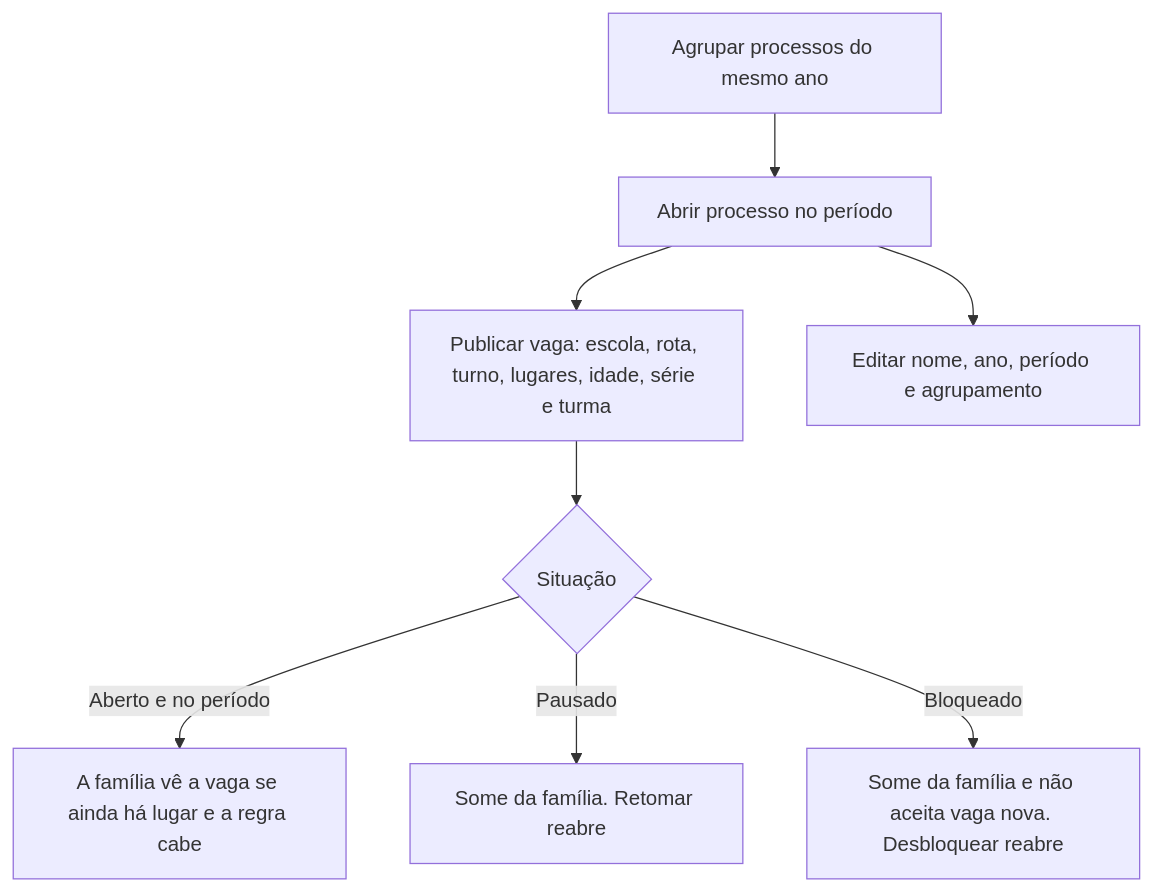
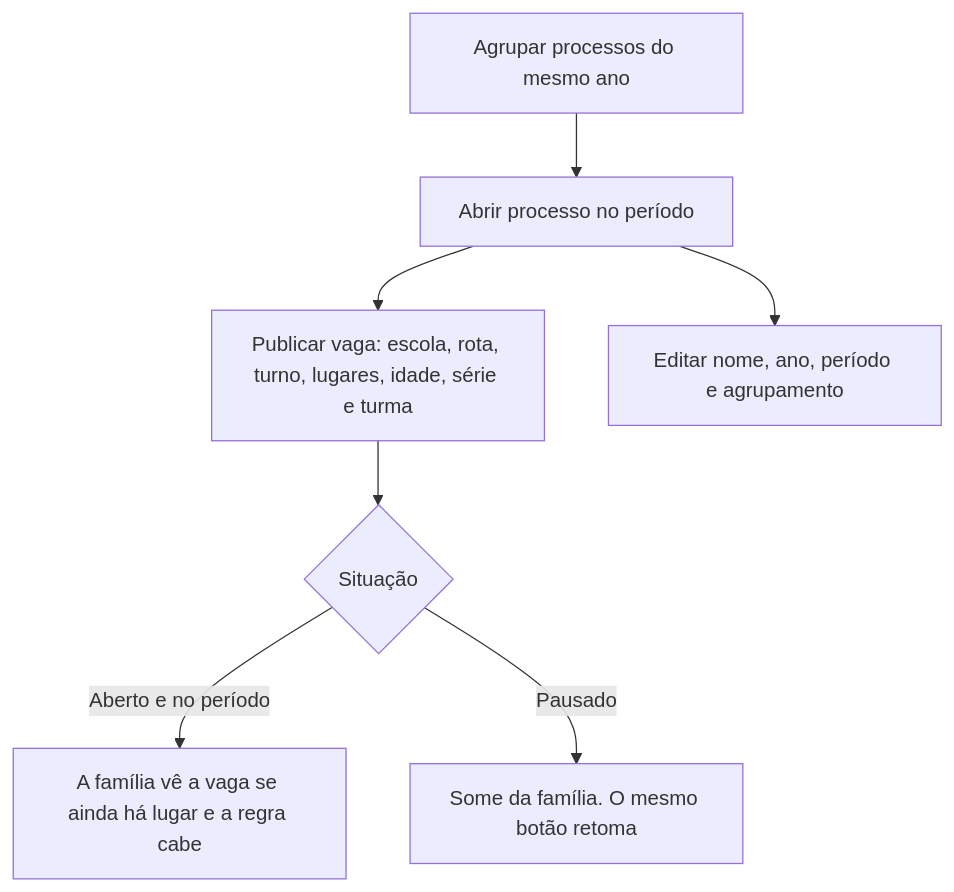
One commit to i-Educar/i-educar-transporte-escolar-v2-package changed the second of 6 diagrams in docs/FLUXOS.md. Above: the diagram before and after it, drawn with Mermaid. The commit also changed other lines of this file and 70 other files, not shown here.

````diff
--- a/docs/FLUXOS.md
+++ b/docs/FLUXOS.md
@@ -31,10 +31,9 @@
 ```mermaid
 flowchart TD
     A["Agrupar processos do mesmo ano"] --> B["Abrir processo no período"]
     B --> C["Publicar vaga: escola, rota, turno, lugares, idade, série e turma"]
     C --> D{"Situação"}
     D -->|Aberto e no período| E["A família vê a vaga se ainda há lugar e a regra cabe"]
-    D -->|Pausado| F["Some da família. Retomar reabre"]
-    D -->|Bloqueado| G["Some da família e não aceita vaga nova. Desbloquear reabre"]
+    D -->|Pausado| F["Some da família. O mesmo botão retoma"]
     B --> H["Editar nome, ano, período e agrupamento"]
 ```
````
